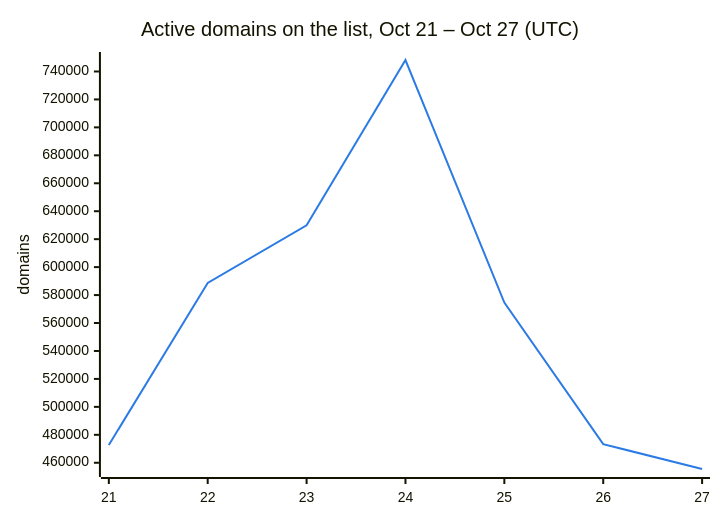
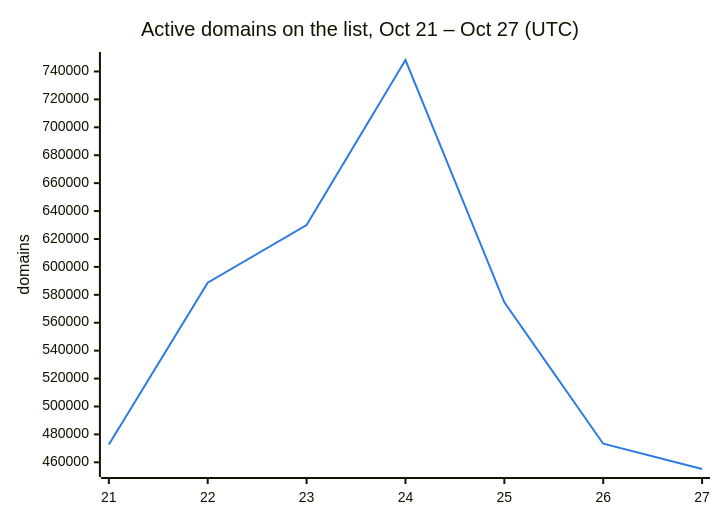
The second of 3 diagrams in README.md (DNSBunker/CTI), drawn with Mermaid before and after one commit. The commit also changed other lines of this file and 3 other files, not shown here.

````diff
--- a/README.md
+++ b/README.md
@@ -38,8 +38,8 @@
 ```mermaid
 %%{init: {"themeVariables": {"xyChart": {"plotColorPalette": "#2c7be5"}}}}%%
 xychart-beta
     title "Active domains on the list, Oct 21 – Oct 27 (UTC)"
     x-axis ["21", "22", "23", "24", "25", "26", "27"]
     y-axis "domains"
-    line [472713, 588659, 629951, 748222, 574614, 473331, 455535]
+    line [472713, 588659, 629951, 748222, 574614, 473331, 455206]
 ```
````
